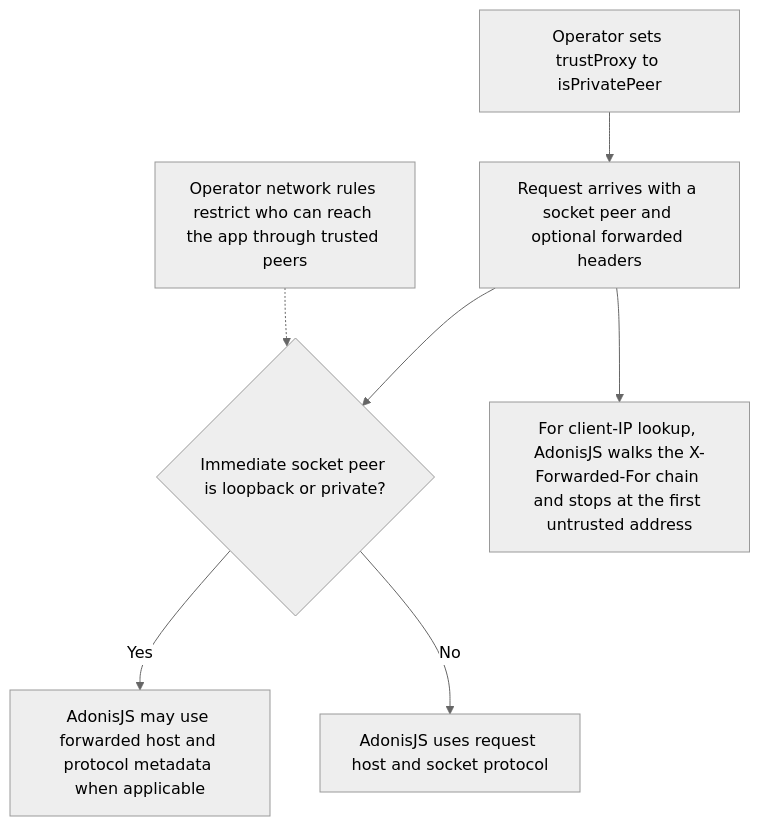
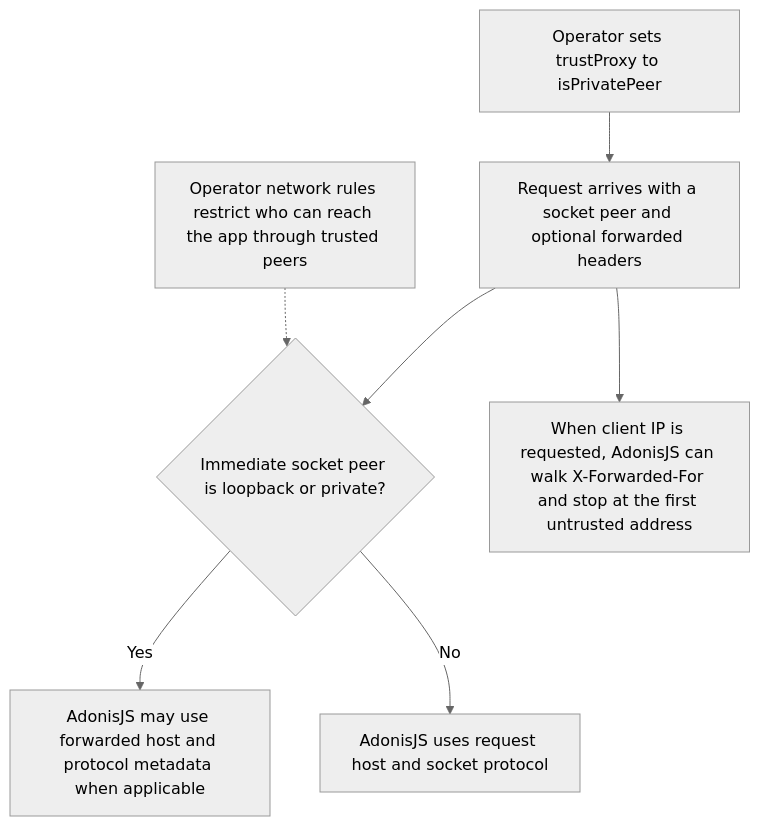
One commit to Kevinjohn/oss-adonisjs-origin-guard changed the first of 2 diagrams in user-stories/US-ORIGIN-04-trust-private-proxy.md. Above: the diagram before and after it, drawn with Mermaid (neutral theme). The commit also changed other lines of this file and 7 other files, not shown here.

````diff
--- a/user-stories/US-ORIGIN-04-trust-private-proxy.md
+++ b/user-stories/US-ORIGIN-04-trust-private-proxy.md
@@ -26,9 +26,9 @@
 ```mermaid
 flowchart TD
     A["Operator sets trustProxy to isPrivatePeer"] --> B["Request arrives with a socket peer and optional forwarded headers"]
     B --> C{"Immediate socket peer is loopback or private?"}
     C -->|Yes| D["AdonisJS may use forwarded host and protocol metadata when applicable"]
     C -->|No| E["AdonisJS uses request host and socket protocol"]
-    B --> F["For client-IP lookup, AdonisJS walks the X-Forwarded-For chain and stops at the first untrusted address"]
+    B --> F["When client IP is requested, AdonisJS can walk X-Forwarded-For and stop at the first untrusted address"]
     G["Operator network rules restrict who can reach the app through trusted peers"] -.-> C
 ```
````
